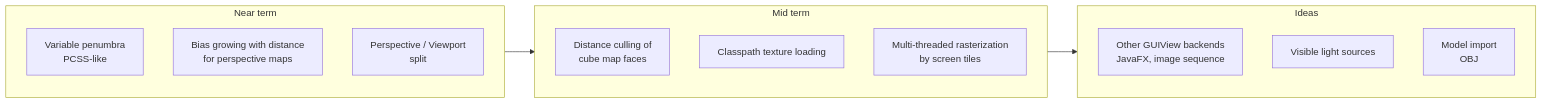
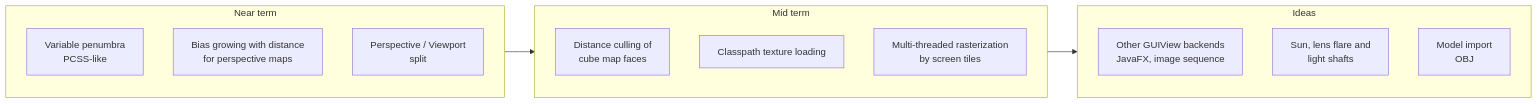
One commit to obarry/Aventura changed diagram 21 of 21 in docs/DESIGN.md. Above: the diagram before and after it, drawn with Mermaid. The commit also changed other lines of this file and 17 other files, not shown here.

````diff
--- a/docs/DESIGN.md
+++ b/docs/DESIGN.md
@@ -808,19 +854,19 @@
 ```mermaid
 flowchart LR
     subgraph NOW["Near term"]
         n1[Variable penumbra<br/>PCSS-like]
         n2[Bias growing with distance<br/>for perspective maps]
         n4[Perspective / Viewport<br/>split]
     end
     subgraph NEXT["Mid term"]
         m1[Distance culling of<br/>cube map faces]
         m2[Classpath texture loading]
         m3[Multi-threaded rasterization<br/>by screen tiles]
     end
     subgraph LATER["Ideas"]
         l1[Other GUIView backends<br/>JavaFX, image sequence]
-        l2[Visible light sources]
+        l2[Sun, lens flare and<br/>light shafts]
         l3[Model import<br/>OBJ]
     end
     NOW --> NEXT --> LATER
 ```
````
